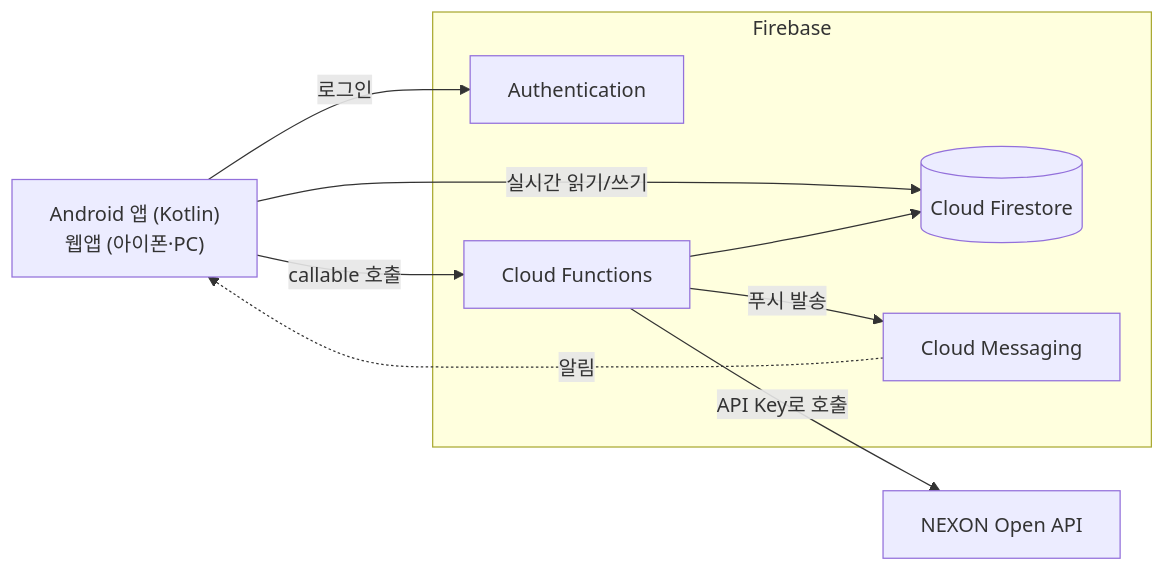
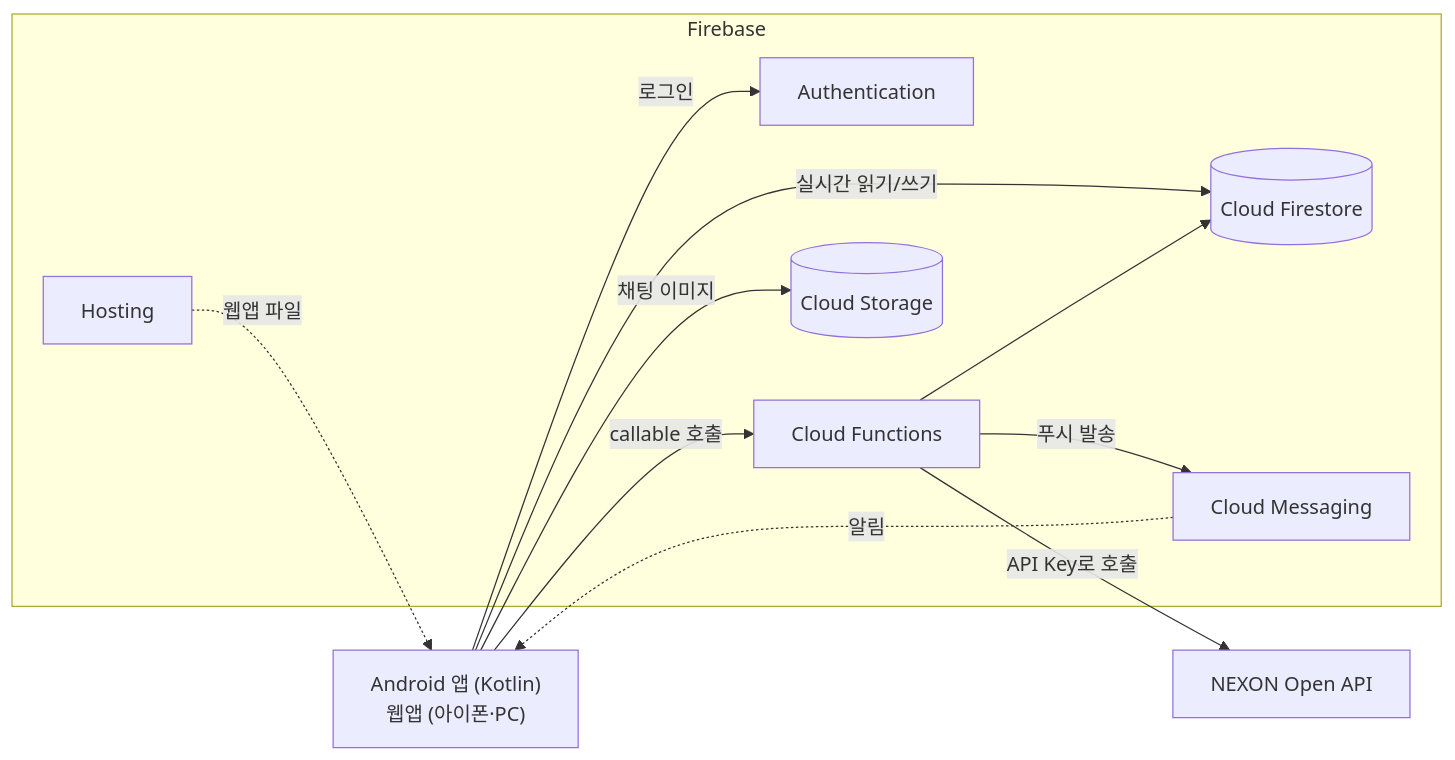
Before and after one commit to JHK0826/boss_planner: the second of 2 diagrams in README.md, drawn with Mermaid. The commit also changed other lines of this file, not shown here.

````diff
--- a/README.md
+++ b/README.md
@@ -172,19 +165,23 @@
 ```mermaid
 flowchart LR
     App["Android 앱 (Kotlin)<br/>웹앱 (아이폰·PC)"]
     subgraph Firebase
         Auth["Authentication"]
         Fn["Cloud Functions"]
         DB[("Cloud Firestore")]
+        Storage[("Cloud Storage")]
+        Hosting["Hosting"]
         FCM["Cloud Messaging"]
     end
     Nexon["NEXON Open API"]
 
     App -- 로그인 --> Auth
     App -- 실시간 읽기/쓰기 --> DB
+    App -- 채팅 이미지 --> Storage
+    Hosting -. 웹앱 파일 .-> App
     App -- callable 호출 --> Fn
     Fn --> DB
     Fn -- API Key로 호출 --> Nexon
     Fn -- 푸시 발송 --> FCM
     FCM -. 알림 .-> App
 ```
````
